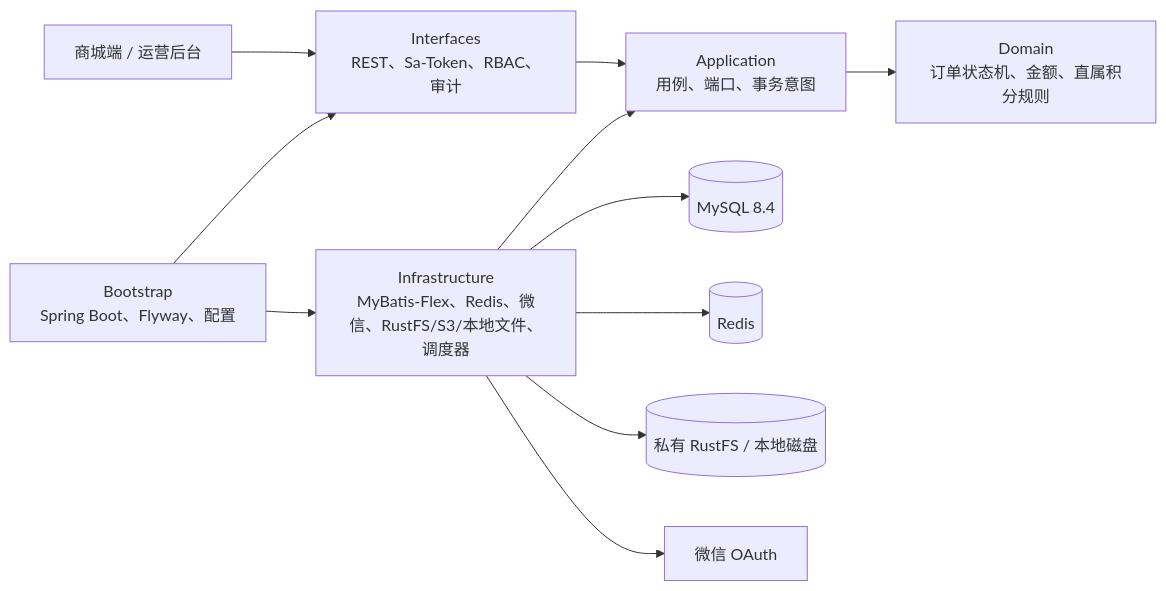
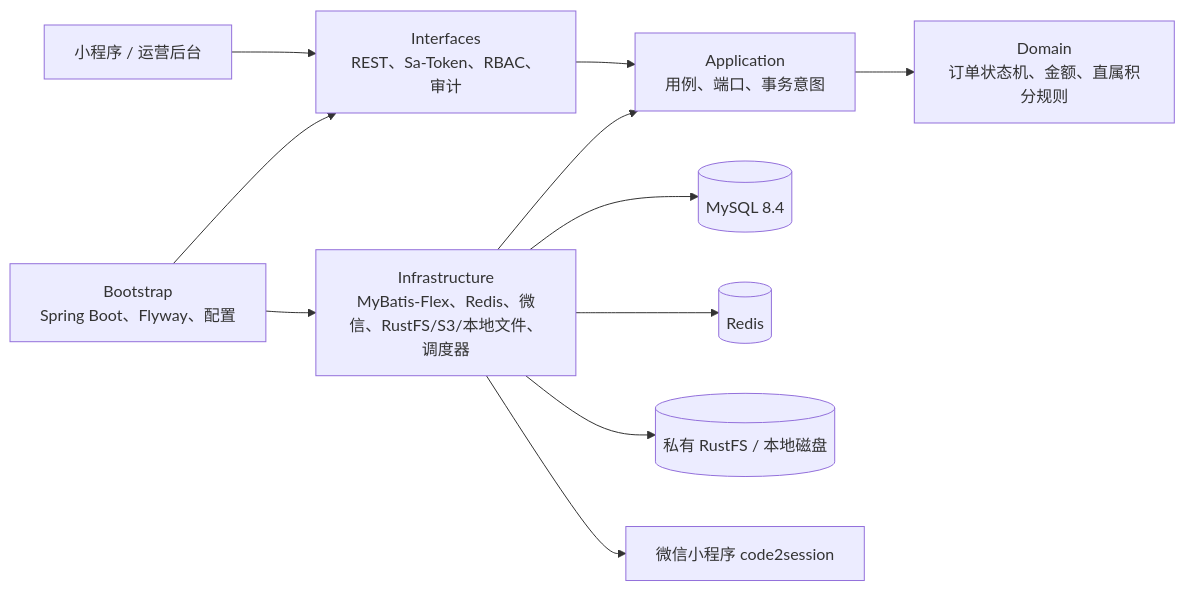
The first of 3 diagrams in docs/architecture.md (sydneypoole/market-shop), drawn with Mermaid before and after one commit. The commit also changed other lines of this file and 130 other files, not shown here.

````diff
--- a/docs/architecture.md
+++ b/docs/architecture.md
@@ -5,13 +5,13 @@
 ```mermaid
 flowchart LR
-    UI["商城端 / 运营后台"] --> IF["Interfaces\nREST、Sa-Token、RBAC、审计"]
+    UI["小程序 / 运营后台"] --> IF["Interfaces\nREST、Sa-Token、RBAC、审计"]
     IF --> APP["Application\n用例、端口、事务意图"]
     APP --> DOM["Domain\n订单状态机、金额、直属积分规则"]
     INF["Infrastructure\nMyBatis-Flex、Redis、微信、RustFS/S3/本地文件、调度器"] --> APP
     BOOT["Bootstrap\nSpring Boot、Flyway、配置"] --> IF
     BOOT --> INF
     INF --> MYSQL[("MySQL 8.4")]
     INF --> REDIS[("Redis")]
     INF --> STORAGE[("私有 RustFS / 本地磁盘")]
-    INF --> WX["微信 OAuth"]
+    INF --> WX["微信小程序 code2session"]
 ```
````
